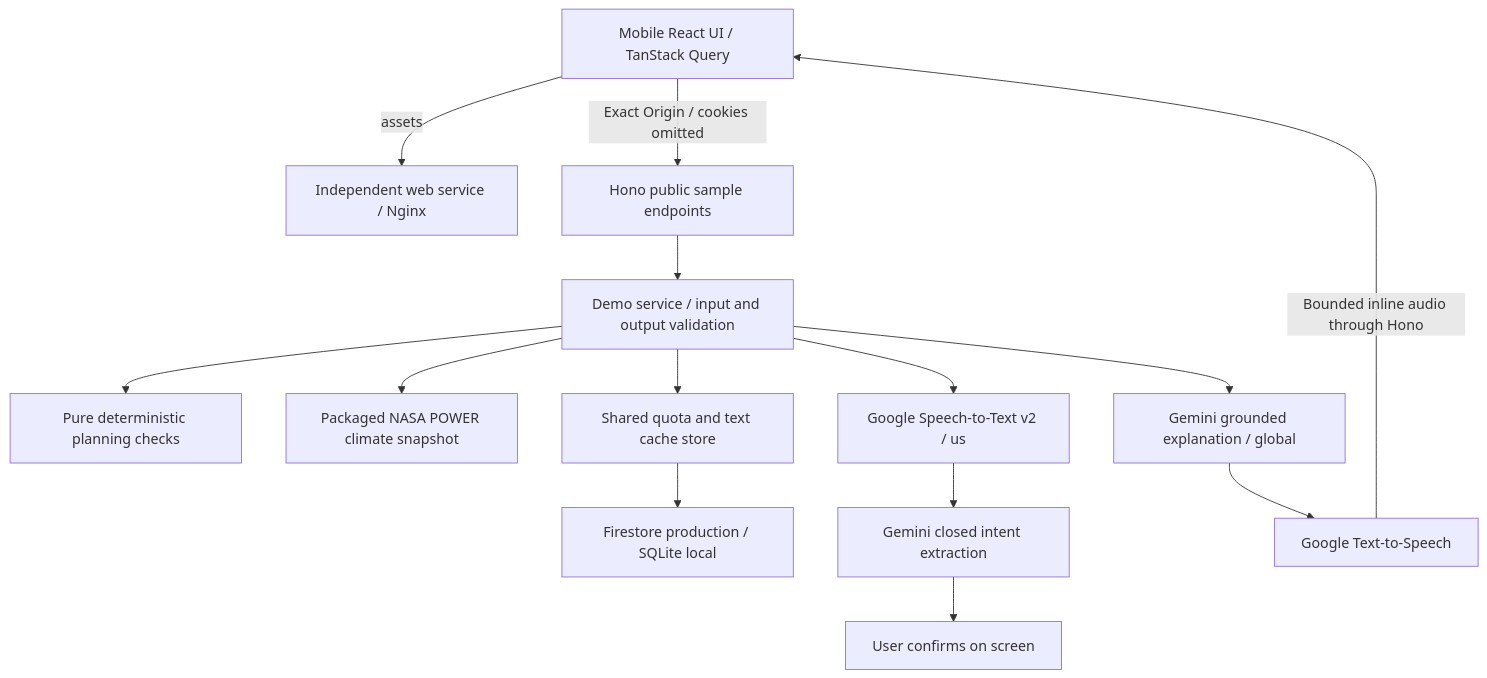
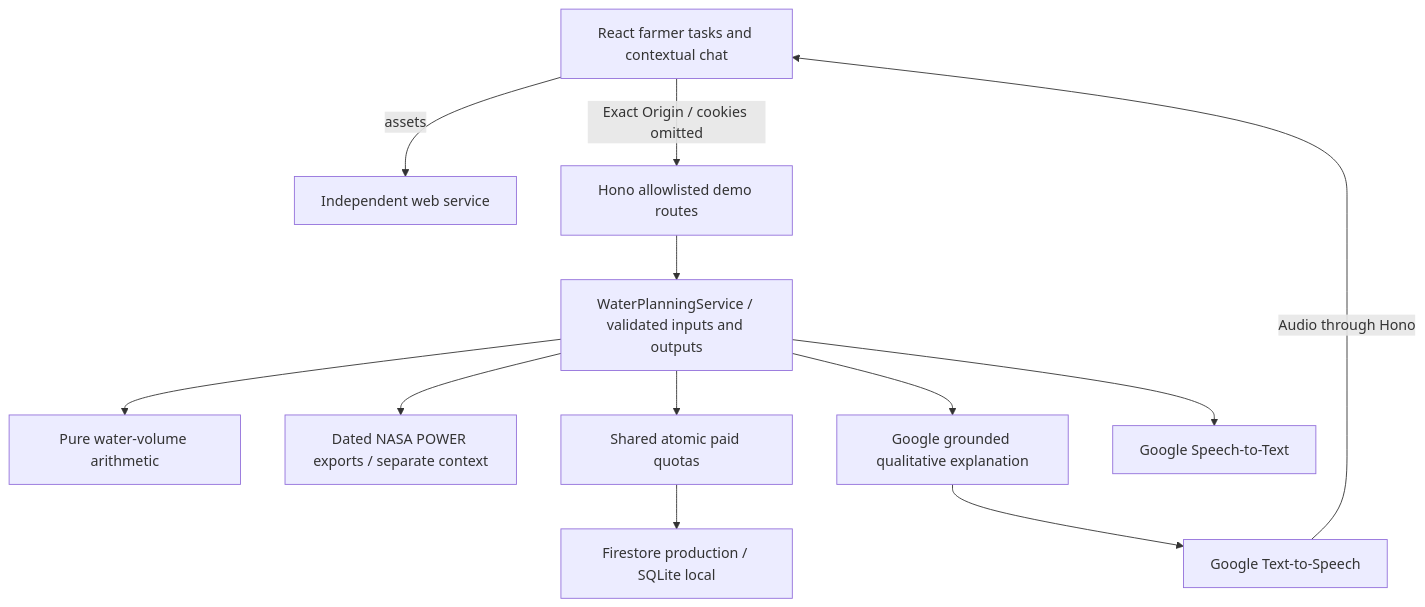
One commit to adwait-kalsekar/kavach changed the diagram in docs/architecture/poc-implementation.md. Above: the diagram before and after it, drawn with Mermaid. The commit also changed other lines of this file and 38 other files, not shown here.

Commit message:
Build farmer-first planning workspace with grounded voice chat

````diff
--- a/docs/architecture/poc-implementation.md
+++ b/docs/architecture/poc-implementation.md
@@ -15,16 +17,14 @@
 ```mermaid
 flowchart TD
-  B[Mobile React UI / TanStack Query] -->|assets| W[Independent web service / Nginx]
-  B -->|Exact Origin / cookies omitted| H[Hono public sample endpoints]
-  H --> S[Demo service / input and output validation]
-  S --> D[Pure deterministic planning checks]
-  S --> E[Packaged NASA POWER climate snapshot]
-  S --> Q[Shared quota and text cache store]
+  B[React farmer tasks and contextual chat] -->|assets| W[Independent web service]
+  B -->|Exact Origin / cookies omitted| H[Hono allowlisted demo routes]
+  H --> S[WaterPlanningService / validated inputs and outputs]
+  S --> D[Pure water-volume arithmetic]
+  S --> E[Dated NASA POWER exports / separate context]
+  S --> Q[Shared atomic paid quotas]
   Q --> F[Firestore production / SQLite local]
-  S --> STT[Google Speech-to-Text v2 / us]
-  STT --> I[Gemini closed intent extraction]
-  I --> C[User confirms on screen]
-  S --> G[Gemini grounded explanation / global]
+  S --> G[Google grounded qualitative explanation]
+  S --> STT[Google Speech-to-Text]
   G --> T[Google Text-to-Speech]
-  T -->|Bounded inline audio through Hono| B
+  T -->|Audio through Hono| B
 ```
````
